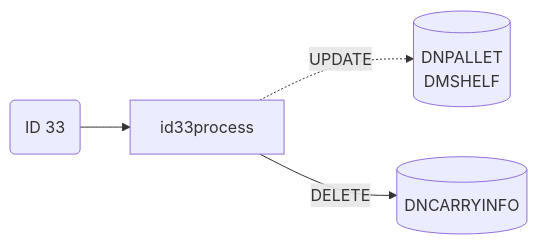
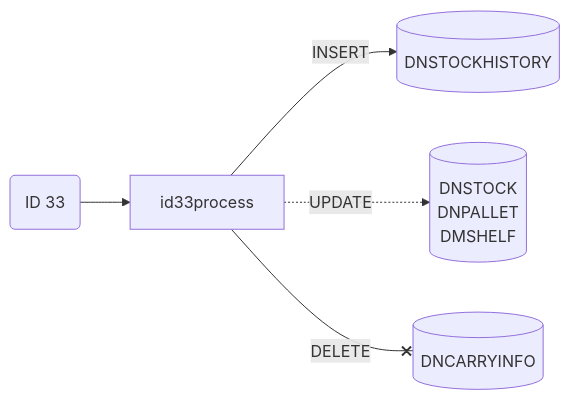
Before and after one commit to luthfiadityaa/SimeDarby-Wiki: diagram 12 of 12 in Basic-Design/DFD-WMS/Retrieval/Transfer-Setting/Tempering-to-Ambient.md, drawn with Mermaid. The commit also changed other lines of this file, not shown here.

```diff
--- a/Basic-Design/DFD-WMS/Retrieval/Transfer-Setting/Tempering-to-Ambient.md
+++ b/Basic-Design/DFD-WMS/Retrieval/Transfer-Setting/Tempering-to-Ambient.md
@@ -541,19 +541,25 @@
 ::: mermaid
 flowchart LR
 
 id33("
 ID 33
 ")
 
+id33-insert[("
+DNSTOCKHISTORY
+")]
+
 id33-update[("
+DNSTOCK
 DNPALLET
 DMSHELF
 ")]
 id33-delete[("
 DNCARRYINFO
 ")]
 
 id33-->id33process
+id33process--INSERT-->id33-insert
 id33process-.UPDATE.->id33-update
-id33process--DELETE-->id33-delete
+id33process--DELETE--xid33-delete
 :::
```
